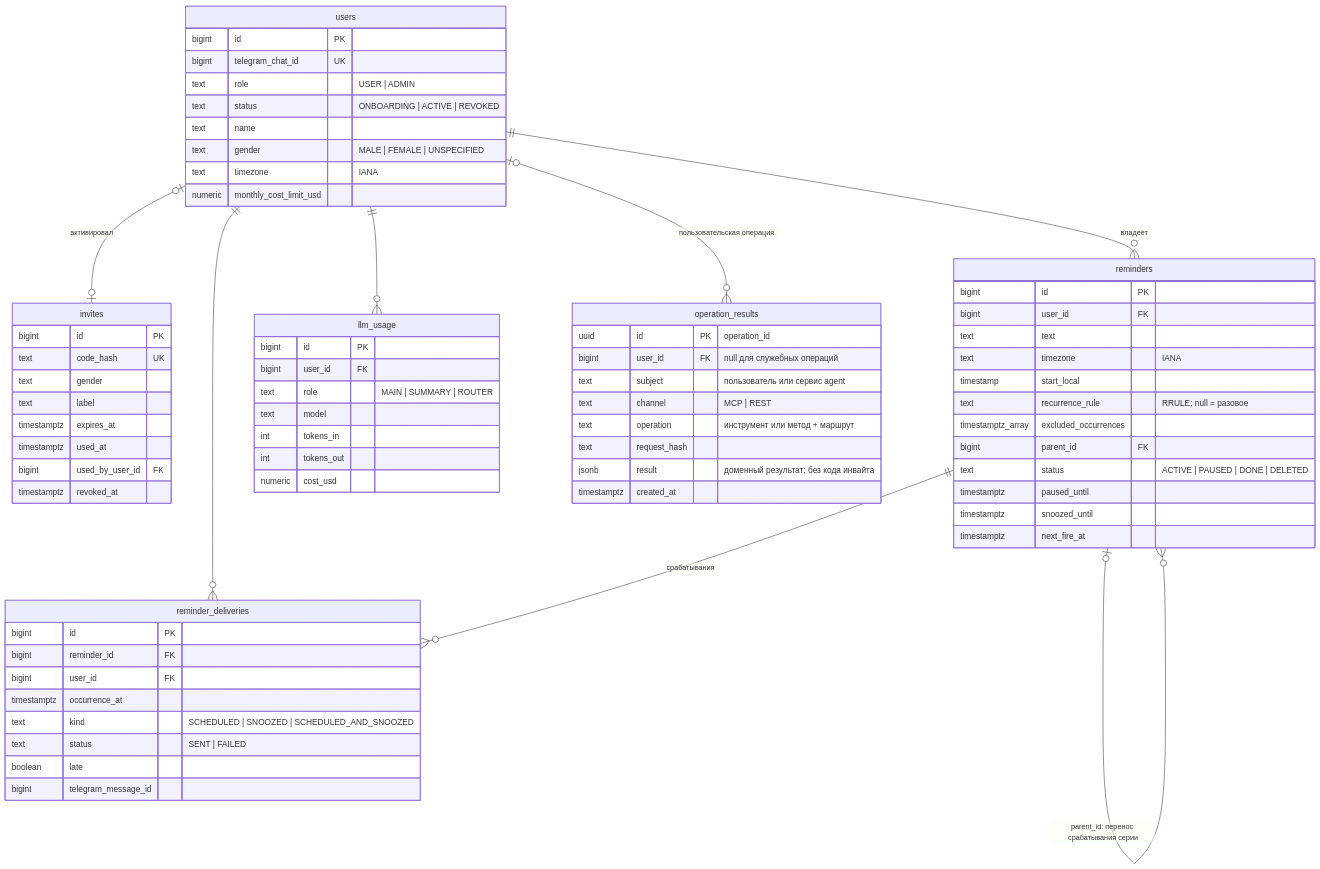
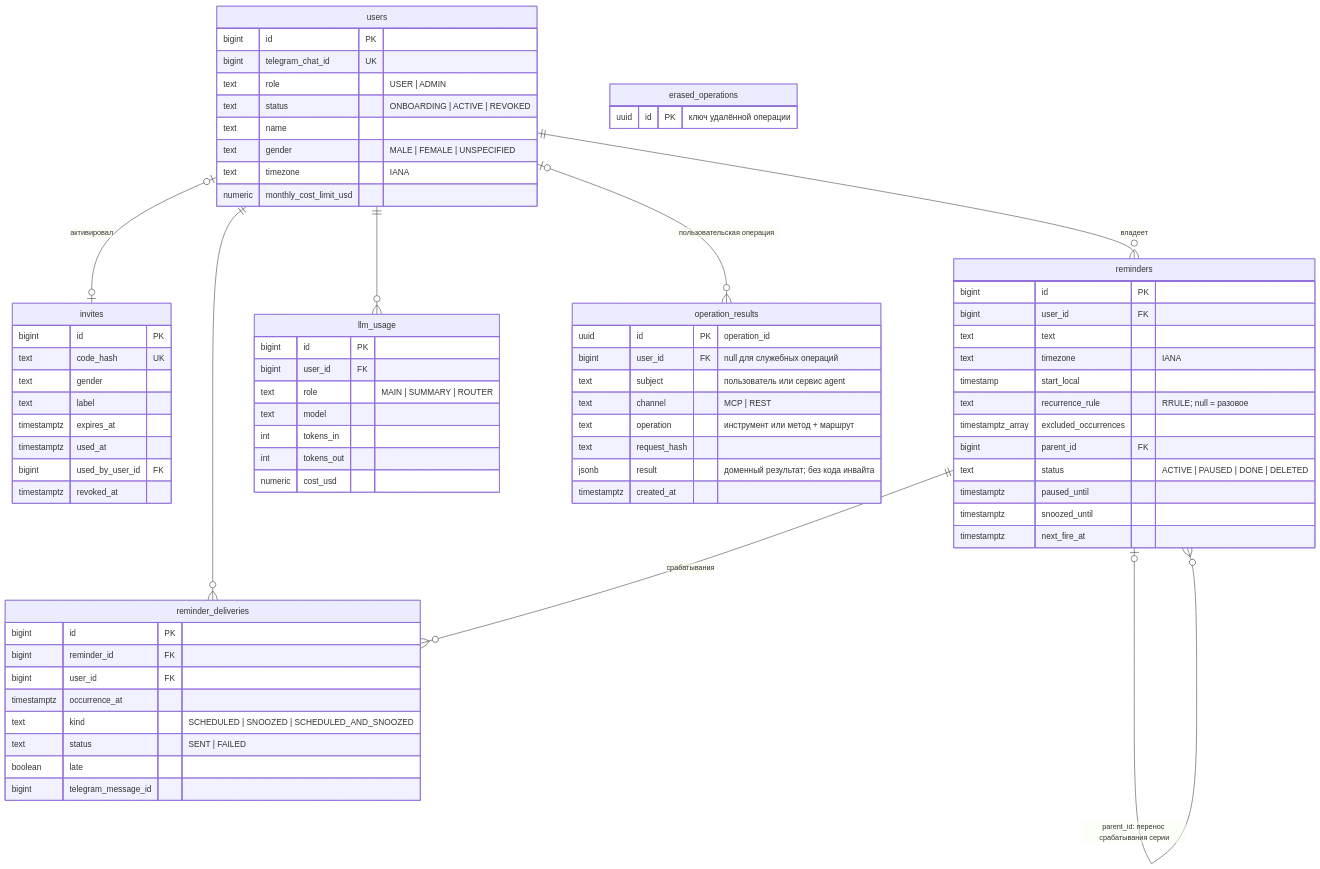
One commit to 1Avalanche/theseus changed the first of 4 diagrams in docs/database.md. Above: the diagram before and after it, drawn with Mermaid. The commit also changed other lines of this file and 53 other files, not shown here.

````diff
--- a/docs/database.md
+++ b/docs/database.md
@@ -30,74 +31,77 @@
 ```mermaid
 erDiagram
     users |o--o| invites : "активировал"
     users ||--o{ reminders : "владеет"
     users ||--o{ reminder_deliveries : ""
     users ||--o{ llm_usage : ""
     users |o--o{ operation_results : "пользовательская операция"
     reminders ||--o{ reminder_deliveries : "срабатывания"
     reminders |o--o{ reminders : "parent_id: перенос срабатывания серии"
 
     users {
         bigint id PK
         bigint telegram_chat_id UK
         text role "USER | ADMIN"
         text status "ONBOARDING | ACTIVE | REVOKED"
         text name
         text gender "MALE | FEMALE | UNSPECIFIED"
         text timezone "IANA"
         numeric monthly_cost_limit_usd
     }
     invites {
         bigint id PK
         text code_hash UK
         text gender
         text label
         timestamptz expires_at
         timestamptz used_at
         bigint used_by_user_id FK
         timestamptz revoked_at
     }
     reminders {
         bigint id PK
         bigint user_id FK
         text text
         text timezone "IANA"
         timestamp start_local
         text recurrence_rule "RRULE; null = разовое"
         timestamptz_array excluded_occurrences
         bigint parent_id FK
         text status "ACTIVE | PAUSED | DONE | DELETED"
         timestamptz paused_until
         timestamptz snoozed_until
         timestamptz next_fire_at
     }
     reminder_deliveries {
         bigint id PK
         bigint reminder_id FK
         bigint user_id FK
         timestamptz occurrence_at
         text kind "SCHEDULED | SNOOZED | SCHEDULED_AND_SNOOZED"
         text status "SENT | FAILED"
         boolean late
         bigint telegram_message_id
     }
     llm_usage {
         bigint id PK
         bigint user_id FK
         text role "MAIN | SUMMARY | ROUTER"
         text model
         int tokens_in
         int tokens_out
         numeric cost_usd
     }
     operation_results {
         uuid id PK "operation_id"
         bigint user_id FK "null для служебных операций"
         text subject "пользователь или сервис agent"
         text channel "MCP | REST"
         text operation "инструмент или метод + маршрут"
         text request_hash
         jsonb result "доменный результат; без кода инвайта"
         timestamptz created_at
     }
+    erased_operations {
+        uuid id PK "ключ удалённой операции"
+    }
 ```
````
